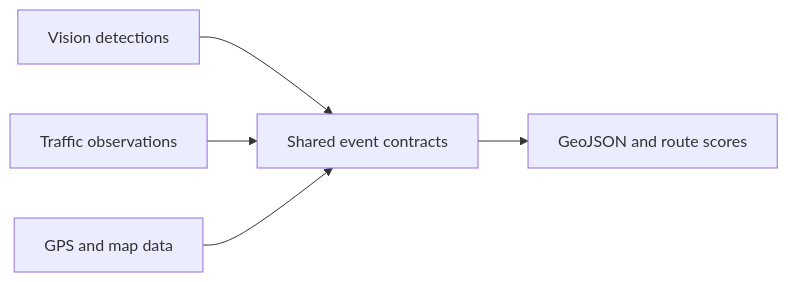
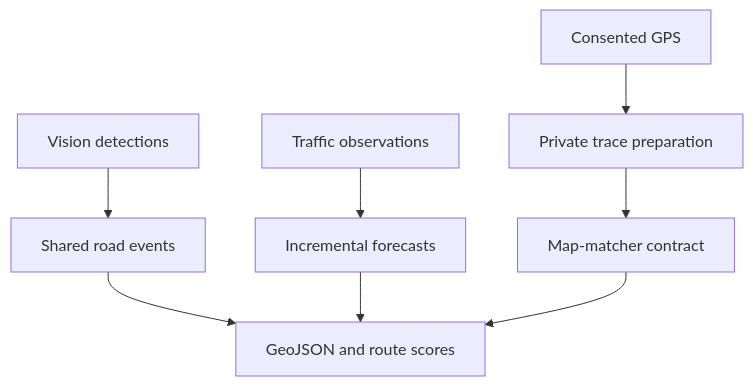
Before and after one commit to vrajpatell/opentrace-ml: the diagram in README.md, drawn with Mermaid. The commit also changed other lines of this file, not shown here.

````diff
--- a/README.md
+++ b/README.md
@@ -27,7 +35,10 @@
 ```mermaid
-flowchart LR
-    A[Vision detections] --> D[Shared event contracts]
-    B[Traffic observations] --> D
-    C[GPS and map data] --> D
-    D --> E[GeoJSON and route scores]
+flowchart TD
+    V["Vision detections"] --> E["Shared road events"]
+    T["Traffic observations"] --> F["Incremental forecasts"]
+    G["Consented GPS"] --> P["Private trace preparation"]
+    P --> M["Map-matcher contract"]
+    E --> R["GeoJSON and route scores"]
+    F --> R
+    M --> R
 ```
````
